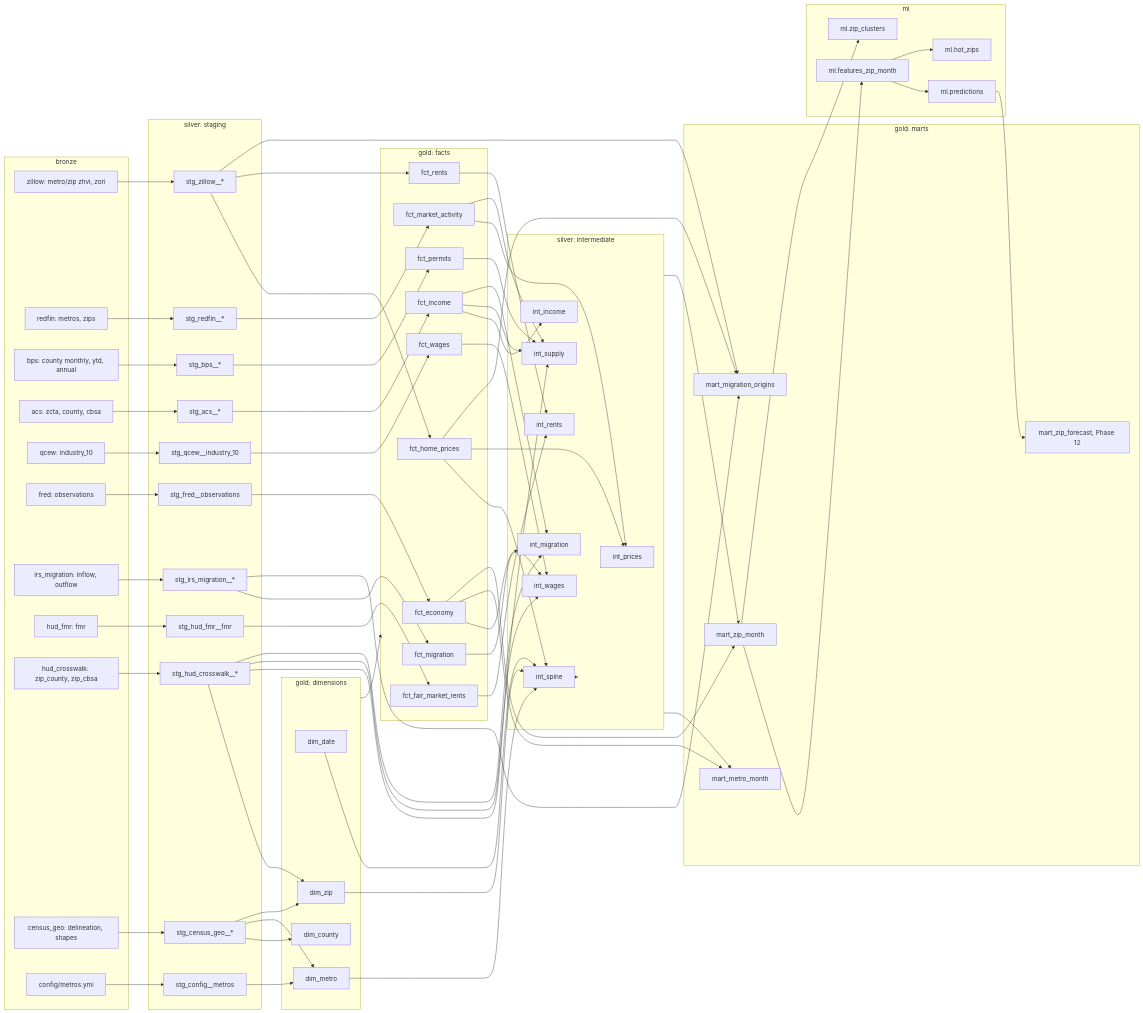
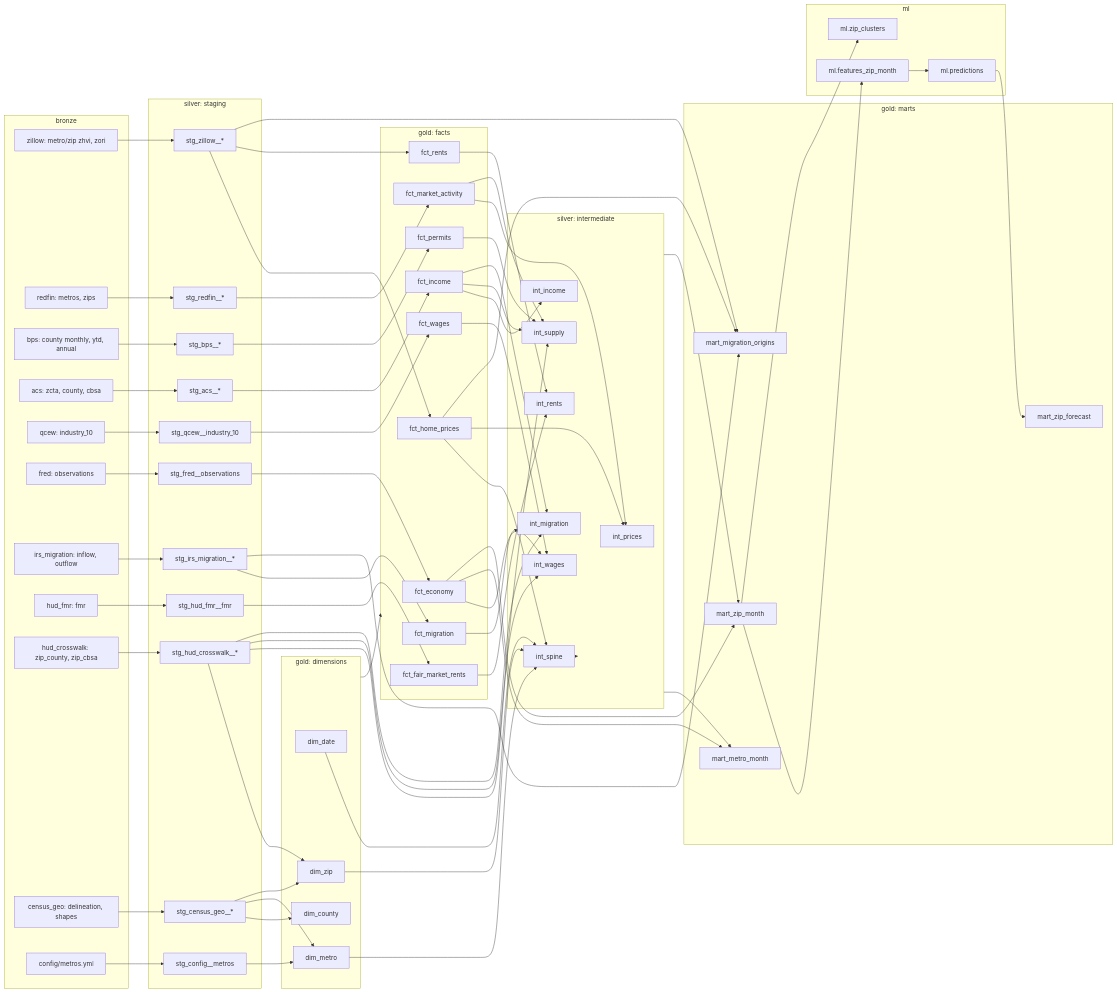
The second of 2 diagrams in docs/warehouse_design.md (YearningAsian/metro-housing-affordability), drawn with Mermaid before and after one commit. The commit also changed other lines of this file and 25 other files, not shown here.

````diff
--- a/docs/warehouse_design.md
+++ b/docs/warehouse_design.md
@@ -284,13 +284,12 @@
         mart_metro_month
         mart_zip_month
         mart_migration_origins
-        mart_zip_forecast[mart_zip_forecast, Phase 12]
+        mart_zip_forecast
     end
     subgraph ml
         features[ml.features_zip_month]
         predictions[ml.predictions]
         clusters[ml.zip_clusters]
-        hot_zips[ml.hot_zips]
     end
 
     b_zillow --> s_zillow
@@ -355,5 +354,4 @@
     features --> predictions
     predictions --> mart_zip_forecast
     mart_zip_month --> clusters
-    features --> hot_zips
 ```
````
